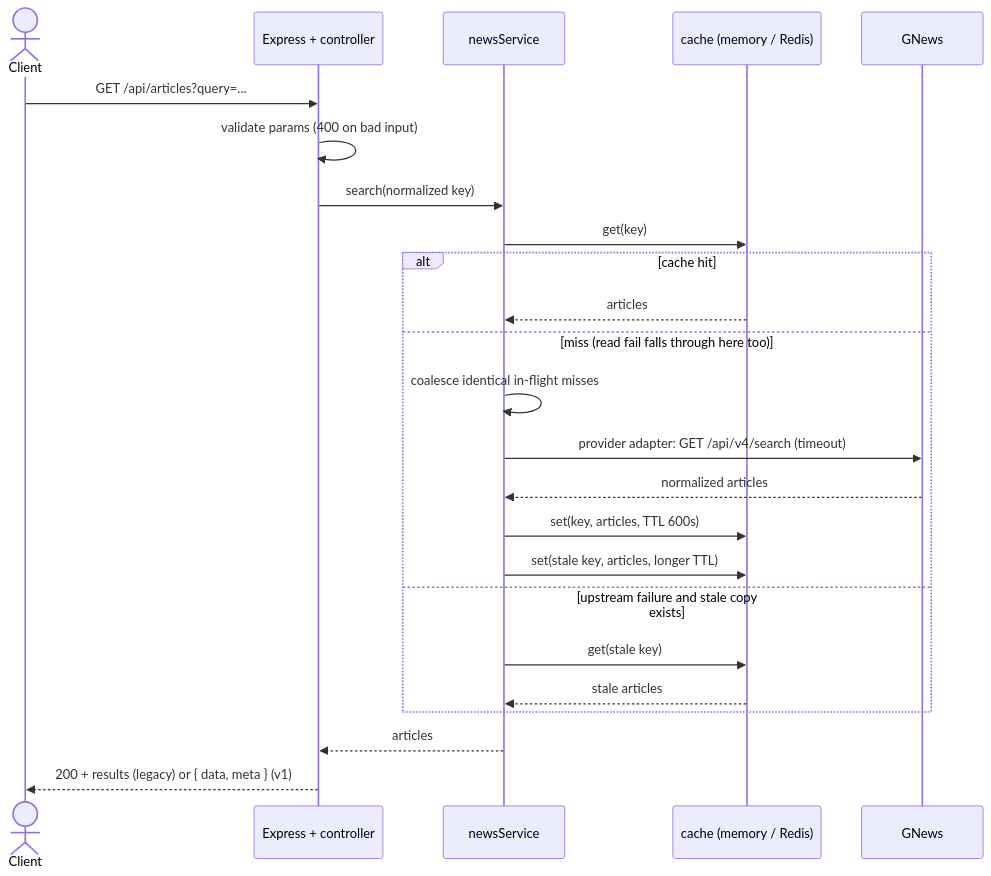
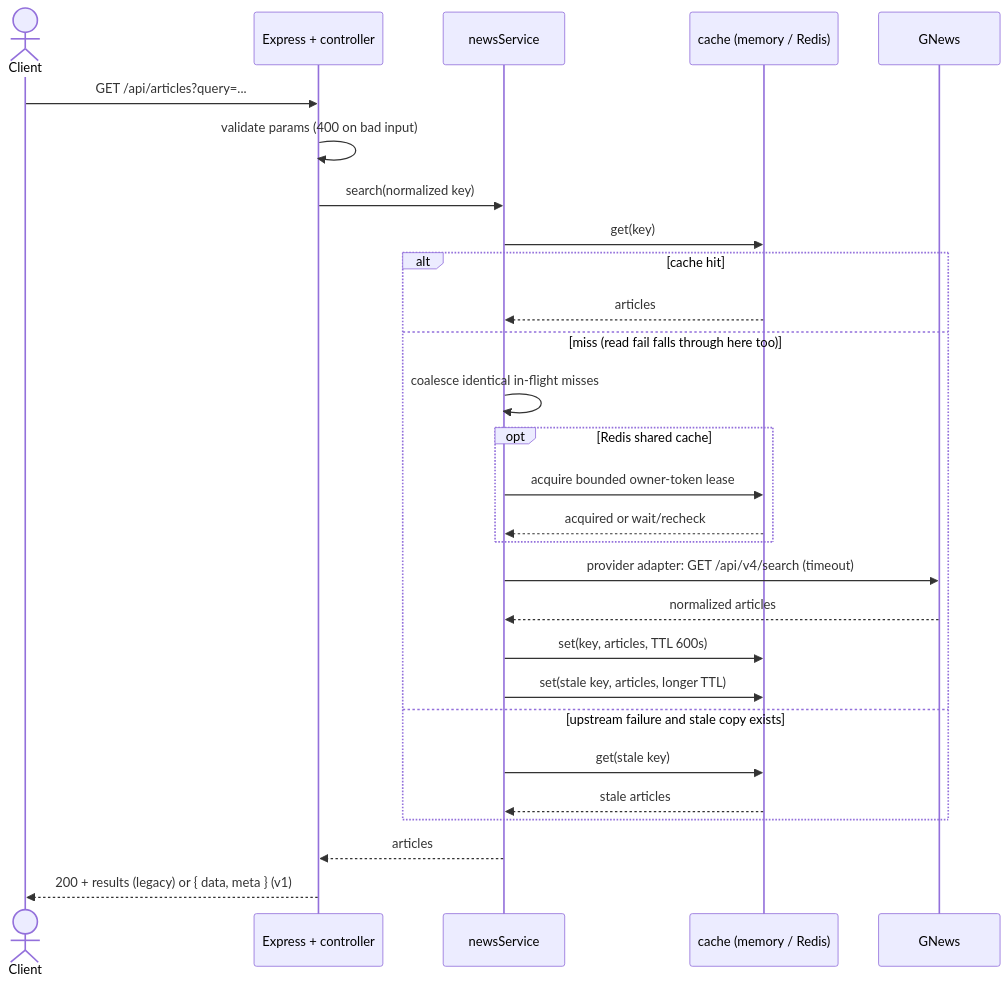
The second of 3 diagrams in docs/ARCHITECTURE.md (AlisinaDevelo/news-api), drawn with Mermaid before and after one commit. The commit also changed other lines of this file and 8 other files, not shown here.

````diff
--- a/docs/ARCHITECTURE.md
+++ b/docs/ARCHITECTURE.md
@@ -30,27 +30,31 @@
 ```mermaid
 sequenceDiagram
   actor Client
   participant API as Express + controller
   participant Svc as newsService
   participant Cache as cache (memory / Redis)
   participant GNews
 
   Client->>API: GET /api/articles?query=...
   API->>API: validate params (400 on bad input)
   API->>Svc: search(normalized key)
   Svc->>Cache: get(key)
   alt cache hit
     Cache-->>Svc: articles
   else miss (read fail falls through here too)
     Svc->>Svc: coalesce identical in-flight misses
+    opt Redis shared cache
+      Svc->>Cache: acquire bounded owner-token lease
+      Cache-->>Svc: acquired or wait/recheck
+    end
     Svc->>GNews: provider adapter: GET /api/v4/search (timeout)
     GNews-->>Svc: normalized articles
     Svc->>Cache: set(key, articles, TTL 600s)
     Svc->>Cache: set(stale key, articles, longer TTL)
   else upstream failure and stale copy exists
     Svc->>Cache: get(stale key)
     Cache-->>Svc: stale articles
   end
   Svc-->>API: articles
   API-->>Client: 200 + results (legacy) or { data, meta } (v1)
 ```
````
